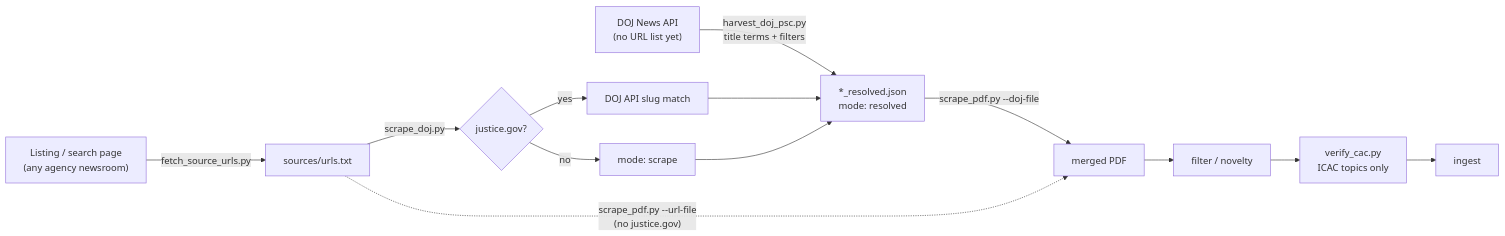
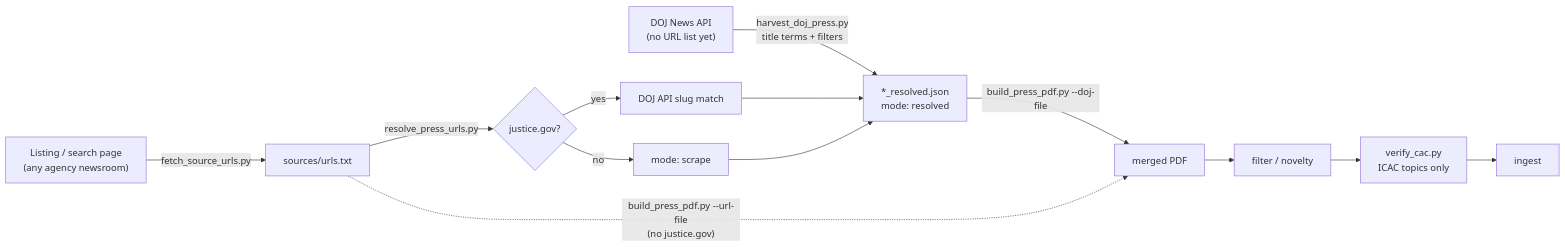
One commit to mrinaalr/CaseLinker changed the diagram in collector/README.md. Above: the diagram before and after it, drawn with Mermaid. The commit also changed other lines of this file and 34 other files, not shown here.

````diff
--- a/collector/README.md
+++ b/collector/README.md
@@ -9,15 +7,15 @@
 ```mermaid
 flowchart LR
     A["Listing / search page<br/>(any agency newsroom)"] -->|"fetch_source_urls.py"| B["sources/urls.txt"]
-    API["DOJ News API<br/>(no URL list yet)"] -->|"harvest_doj_psc.py<br/>title terms + filters"| F["*_resolved.json<br/>mode: resolved"]
-    B -->|"scrape_doj.py"| C{"justice.gov?"}
+    API["DOJ News API<br/>(no URL list yet)"] -->|"harvest_doj_press.py<br/>title terms + filters"| F["*_resolved.json<br/>mode: resolved"]
+    B -->|"resolve_press_urls.py"| C{"justice.gov?"}
     C -->|"yes"| D["DOJ API slug match"]
     C -->|"no"| E["mode: scrape"]
     D --> F
     E --> F
-    F -->|"scrape_pdf.py --doj-file"| G["merged PDF"]
-    B -.->|"scrape_pdf.py --url-file<br/>(no justice.gov)"| G
+    F -->|"build_press_pdf.py --doj-file"| G["merged PDF"]
+    B -.->|"build_press_pdf.py --url-file<br/>(no justice.gov)"| G
     G --> H["filter / novelty"]
     H --> I["verify_cac.py<br/>ICAC topics only"]
     I --> J["ingest"]
 ```
````
